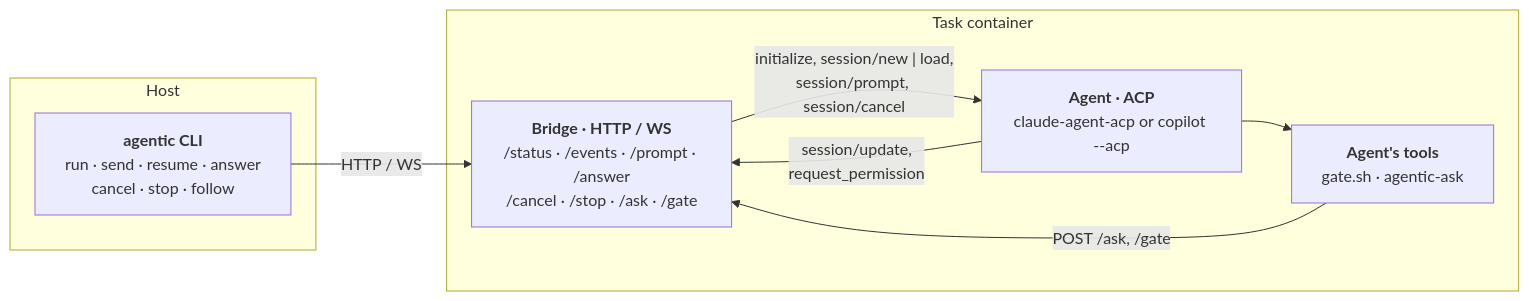
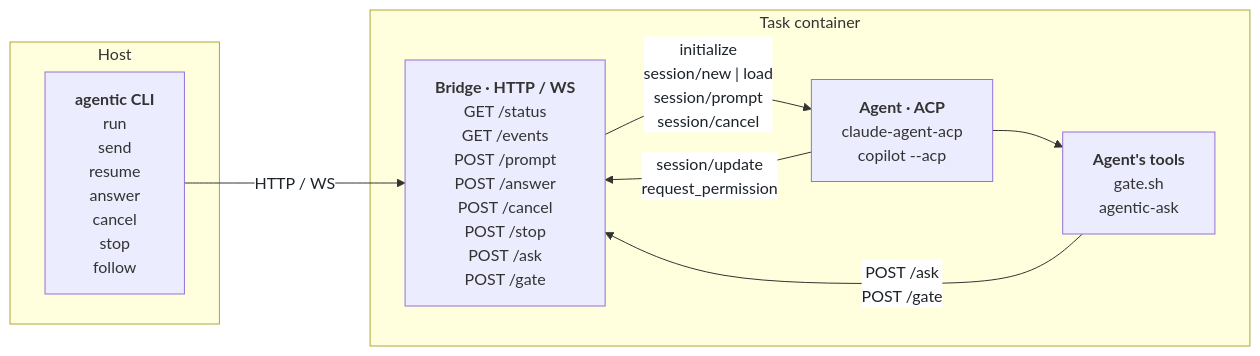
Before and after one commit to popescualextraian/pathfinder-dev-base: the diagram in README.md, drawn with Mermaid.

Commit message:
docs: readable detached mode diagram

````diff
--- a/README.md
+++ b/README.md
@@ -125,16 +125,18 @@
 ```mermaid
+%%{init: {"theme": "default", "themeVariables": {"edgeLabelBackground": "#ffffff"}, "flowchart": {"rankSpacing": 70, "nodeSpacing": 40}}}%%
 flowchart LR
   subgraph host["Host"]
-    cli["<b>agentic CLI</b><br/>run · send · resume · answer<br/>cancel · stop · follow"]
+    cli["<b>agentic&nbsp;CLI</b><br/>run<br/>send<br/>resume<br/>answer<br/>cancel<br/>stop<br/>follow"]
   end
   subgraph task["Task container"]
-    bridge["<b>Bridge · HTTP / WS</b><br/>/status · /events · /prompt · /answer<br/>/cancel · /stop · /ask · /gate"]
-    agent["<b>Agent · ACP</b><br/>claude-agent-acp or copilot --acp"]
-    tools["<b>Agent's tools</b><br/>gate.sh · agentic-ask"]
+    bridge["<b>Bridge&nbsp;·&nbsp;HTTP&nbsp;/&nbsp;WS</b><br/>GET&nbsp;/status<br/>GET&nbsp;/events<br/>POST&nbsp;/prompt<br/>POST&nbsp;/answer<br/>POST&nbsp;/cancel<br/>POST&nbsp;/stop<br/>POST&nbsp;/ask<br/>POST&nbsp;/gate"]
+    agent["<b>Agent&nbsp;·&nbsp;ACP</b><br/>claude-agent-acp<br/>copilot&nbsp;--acp"]
+    tools["<b>Agent's&nbsp;tools</b><br/>gate.sh<br/>agentic-ask"]
   end
   cli -- "HTTP / WS" --> bridge
-  bridge -- "initialize, session/new | load,<br/>session/prompt, session/cancel" --> agent
-  agent -- "session/update,<br/>request_permission" --> bridge
+  bridge -- "initialize<br/>session/new | load<br/>session/prompt<br/>session/cancel" --> agent
+  agent -- "session/update<br/>request_permission" --> bridge
   agent --> tools
-  tools -- "POST /ask, /gate" --> bridge
+  tools -- "POST /ask<br/>POST /gate" --> bridge
+  linkStyle default color:#1d2329
 ```
````
